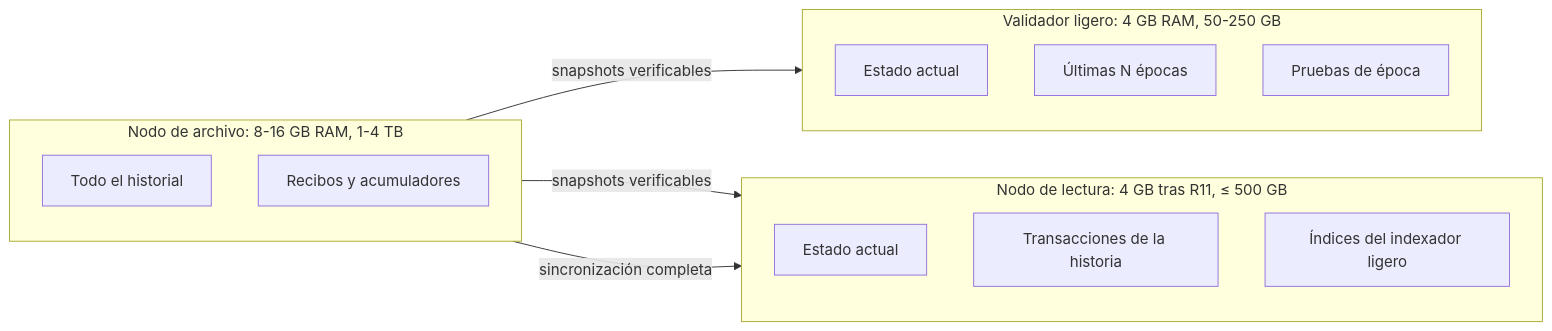
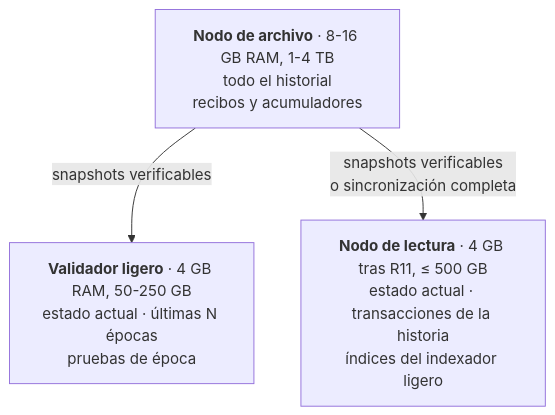
Before and after one commit to dazligth/radix-decentralization-roadmap: the fourth of 4 diagrams in docs/es/09-nodos-ligeros.md, drawn with Mermaid. The commit also changed other lines of this file and 9 other files, not shown here.

First line of the commit message:
Redesign diagrams for readability on GitHub

````diff
--- a/docs/es/09-nodos-ligeros.md
+++ b/docs/es/09-nodos-ligeros.md
@@ -438,20 +437,8 @@
 ```mermaid
-flowchart LR
-    subgraph V["Validador ligero: 4 GB RAM, 50-250 GB"]
-        V1["Estado actual"]
-        V2["Últimas N épocas"]
-        V3["Pruebas de época"]
-    end
-    subgraph R["Nodo de lectura: 4 GB tras R11, ≤ 500 GB"]
-        R1["Estado actual"]
-        R2["Transacciones de la historia"]
-        R3["Índices del indexador ligero"]
-    end
-    subgraph A["Nodo de archivo: 8-16 GB RAM, 1-4 TB"]
-        A1["Todo el historial"]
-        A2["Recibos y acumuladores"]
-    end
-    A -- "snapshots verificables" --> V
-    A -- "snapshots verificables" --> R
-    A -- "sincronización completa" --> R
+flowchart TB
+    A["<b>Nodo de archivo</b> · 8-16 GB RAM, 1-4 TB<br/>todo el historial<br/>recibos y acumuladores"]
+    V["<b>Validador ligero</b> · 4 GB RAM, 50-250 GB<br/>estado actual · últimas N épocas<br/>pruebas de época"]
+    R["<b>Nodo de lectura</b> · 4 GB tras R11, ≤ 500 GB<br/>estado actual · transacciones de la historia<br/>índices del indexador ligero"]
+    A -->|"snapshots verificables"| V
+    A -->|"snapshots verificables<br/>o sincronización completa"| R
 ```
````
